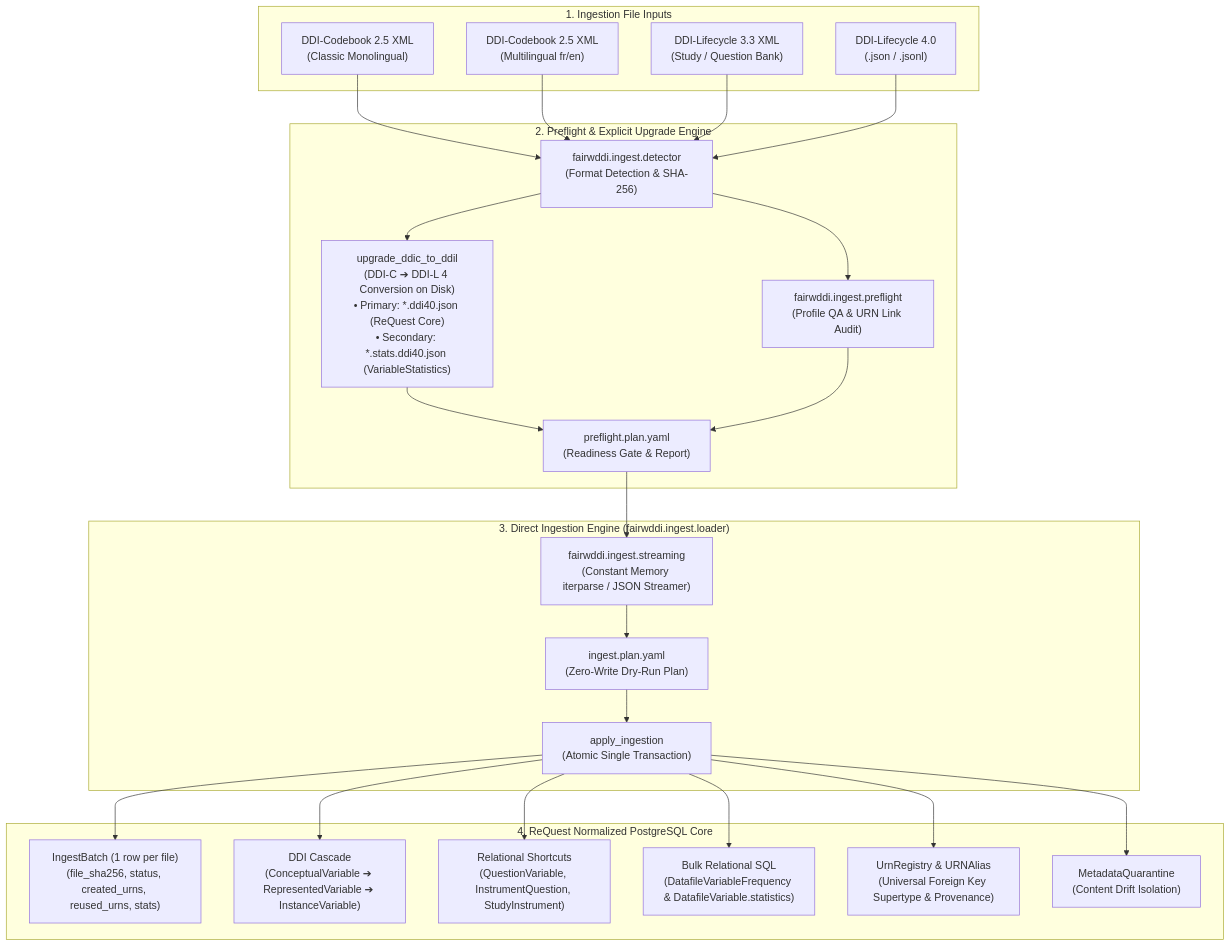
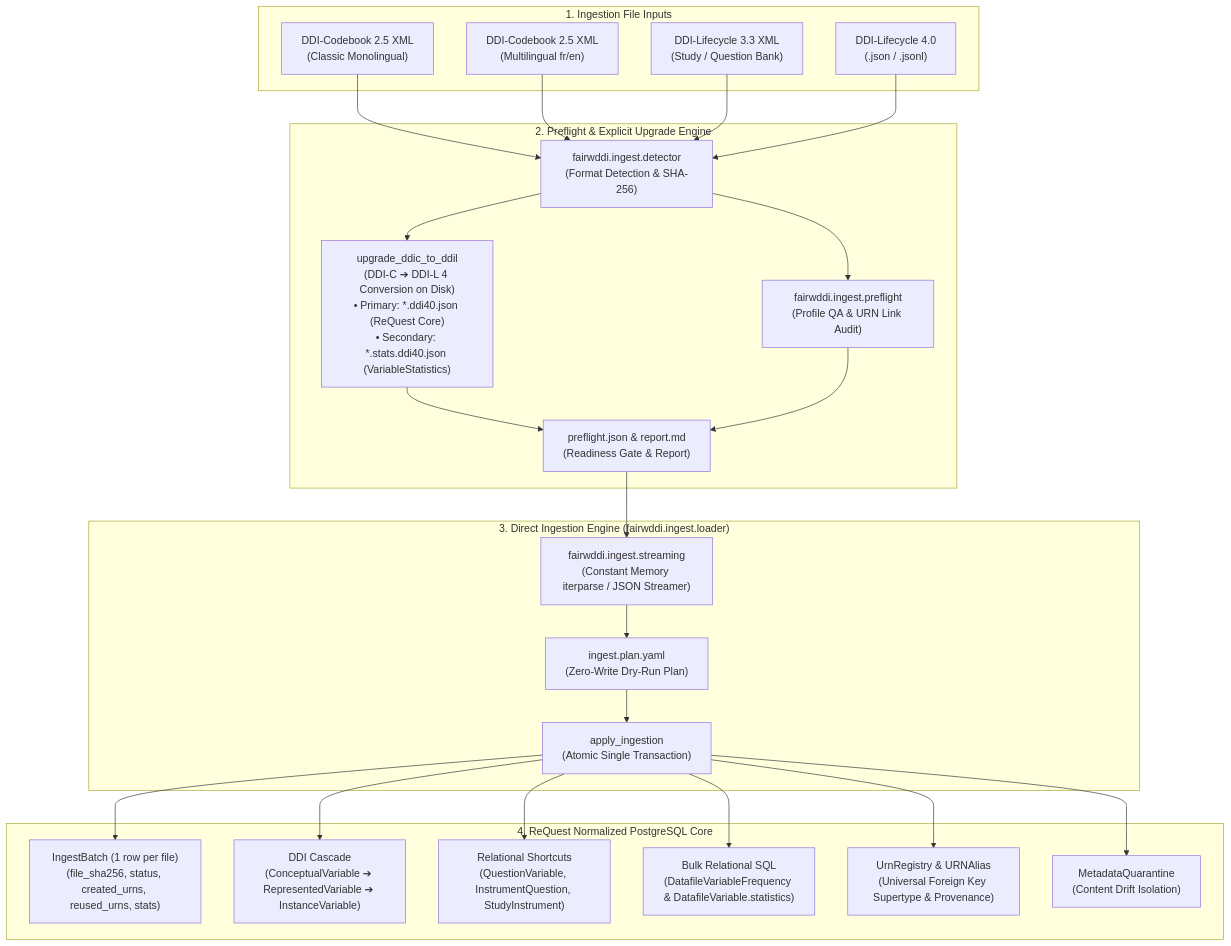
One commit to PlgaH/fairwddi-wp3-3 changed the second of 5 diagrams in deliverables/research/ingestion_architecture.md. Above: the diagram before and after it, drawn with Mermaid. The commit also changed 26 other files, not shown here.

Commit message:
docs: update CLI user guide and diagrams for preflight and import workflows

````diff
--- a/deliverables/research/ingestion_architecture.md
+++ b/deliverables/research/ingestion_architecture.md
@@ -36,36 +36,36 @@
 ```mermaid
 flowchart TD
     subgraph InputFiles ["1. Ingestion File Inputs"]
         DDIC["DDI-Codebook 2.5 XML\n(Classic Monolingual)"]
         DDIC_ML["DDI-Codebook 2.5 XML\n(Multilingual fr/en)"]
         DDIL33["DDI-Lifecycle 3.3 XML\n(Study / Question Bank)"]
         DDIL4["DDI-Lifecycle 4.0\n(.json / .jsonl)"]
     end
 
     subgraph PreflightPhase ["2. Preflight & Explicit Upgrade Engine"]
         Detector["fairwddi.ingest.detector\n(Format Detection & SHA-256)"]
         QA["fairwddi.ingest.preflight\n(Profile QA & URN Link Audit)"]
         Upgrade["upgrade_ddic_to_ddil\n(DDI-C ➔ DDI-L 4 Conversion on Disk)\n• Primary: *.ddi40.json (ReQuest Core)\n• Secondary: *.stats.ddi40.json (VariableStatistics)"]
-        PlanPre["preflight.plan.yaml\n(Readiness Gate & Report)"]
+        PlanPre["preflight.json &amp; report.md\n(Readiness Gate &amp; Report)"]
     end
 
     subgraph IngestPhase ["3. Direct Ingestion Engine (fairwddi.ingest.loader)"]
         Streaming["fairwddi.ingest.streaming\n(Constant Memory iterparse / JSON Streamer)"]
         PlanIng["ingest.plan.yaml\n(Zero-Write Dry-Run Plan)"]
         Apply["apply_ingestion\n(Atomic Single Transaction)"]
     end
 
     subgraph CoreDB ["4. ReQuest Normalized PostgreSQL Core"]
         Receipt["IngestBatch (1 row per file)\n(file_sha256, status, created_urns, reused_urns, stats)"]
         Cascade["DDI Cascade\n(ConceptualVariable ➔ RepresentedVariable ➔ InstanceVariable)"]
         Shortcuts["Relational Shortcuts\n(QuestionVariable, InstrumentQuestion, StudyInstrument)"]
         Frequencies["Bulk Relational SQL\n(DatafileVariableFrequency & DatafileVariable.statistics)"]
         Registry["UrnRegistry & URNAlias\n(Universal Foreign Key Supertype & Provenance)"]
         Quarantine["MetadataQuarantine\n(Content Drift Isolation)"]
     end
 
     DDIC & DDIC_ML --> Detector --> Upgrade --> PlanPre
     DDIL33 & DDIL4 --> Detector --> QA --> PlanPre
     PlanPre --> Streaming --> PlanIng --> Apply
     Apply --> Receipt & Cascade & Shortcuts & Frequencies & Registry & Quarantine
 ```
````
